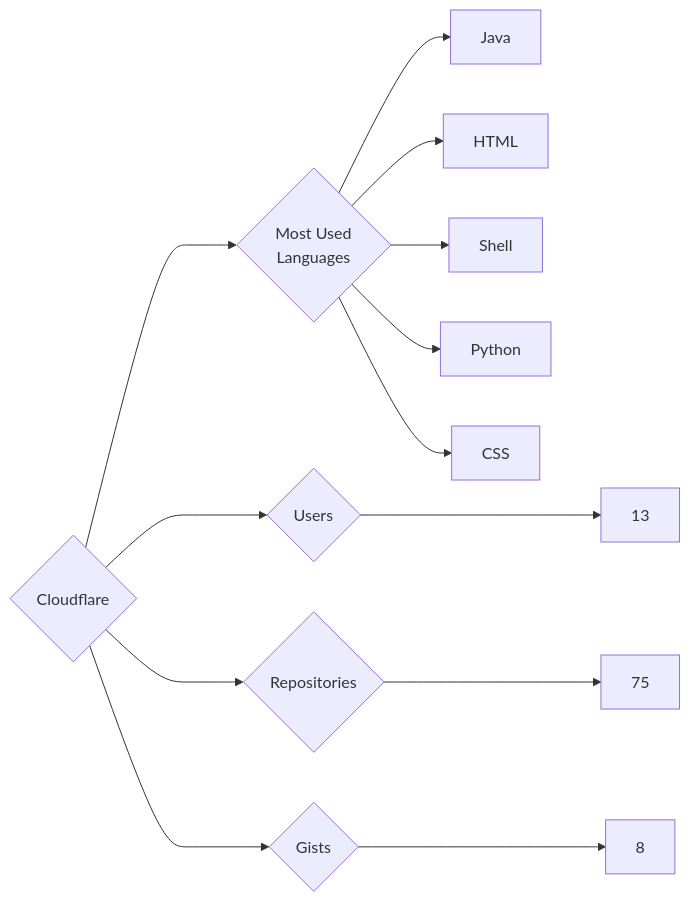
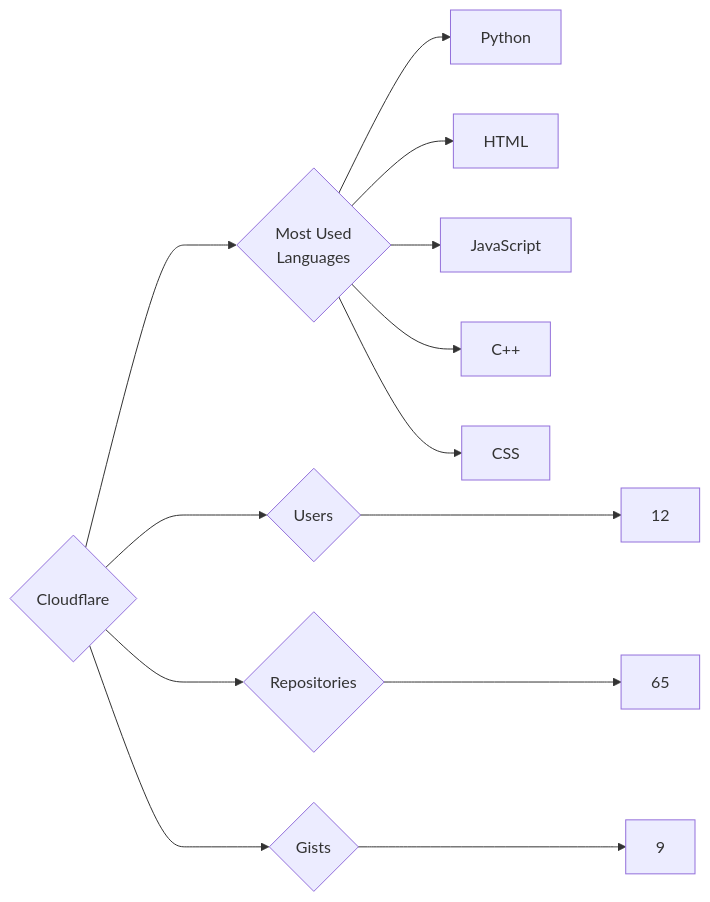
The diagram in targets/Cloudflare/README.md (trickest/insiders), drawn with Mermaid before and after one commit. The commit also changed 1120 other files, not shown here.

````diff
--- a/targets/Cloudflare/README.md
+++ b/targets/Cloudflare/README.md
@@ -3,13 +3,13 @@
 ```mermaid
 graph LR
 COMPANY_NAME{Cloudflare}
-COMPANY_NAME ---> U{Users} ---> UN[13]
-COMPANY_NAME ---> R{Repositories} ---> RN[75]
-COMPANY_NAME ---> G{Gists} ---> GN[8]
+COMPANY_NAME ---> U{Users} ---> UN[12]
+COMPANY_NAME ---> R{Repositories} ---> RN[65]
+COMPANY_NAME ---> G{Gists} ---> GN[9]
 COMPANY_NAME ---> ML{Most Used<br>Languages}
-ML --> Java[Java]
+ML --> Python[Python]
 ML --> HTML[HTML]
-ML --> Shell[Shell]
-ML --> Python[Python]
+ML --> JavaScript[JavaScript]
+ML --> C++[C++]
 ML --> CSS[CSS]
 ```
````
